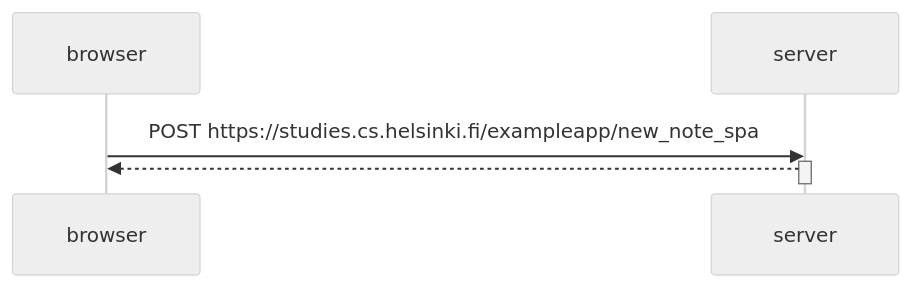
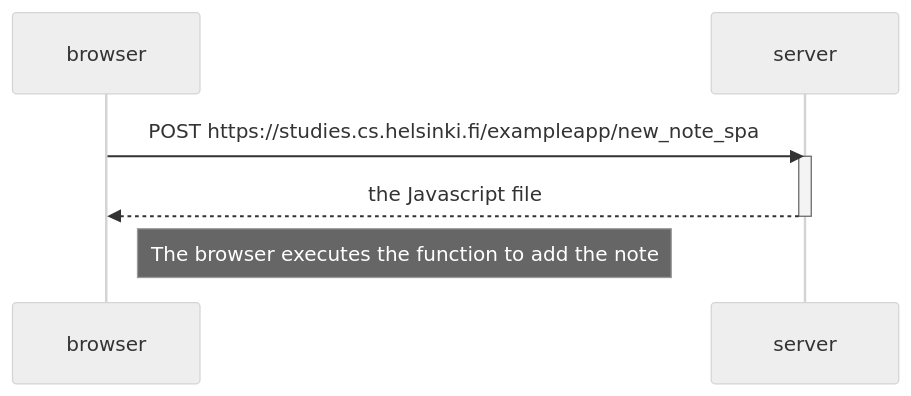
The diagram in osa0/0.6:uusi_muistiinpano.md (Nanotiike/fullstack_palautusrepositorio), drawn with Mermaid (neutral theme) before and after one commit.

````diff
--- a/osa0/0.6:uusi_muistiinpano.md
+++ b/osa0/0.6:uusi_muistiinpano.md
@@ -1,11 +1,13 @@
 ```mermaid
 sequenceDiagram
     participant browser
     participant server
 
     browser->>server: POST https://studies.cs.helsinki.fi/exampleapp/new_note_spa
     activate server
-    server -->>browser: 
+    server -->>browser: the Javascript file 
     deactivate server
+    
+    Note right of browser: The browser executes the function to add the note
 
 ```
````
